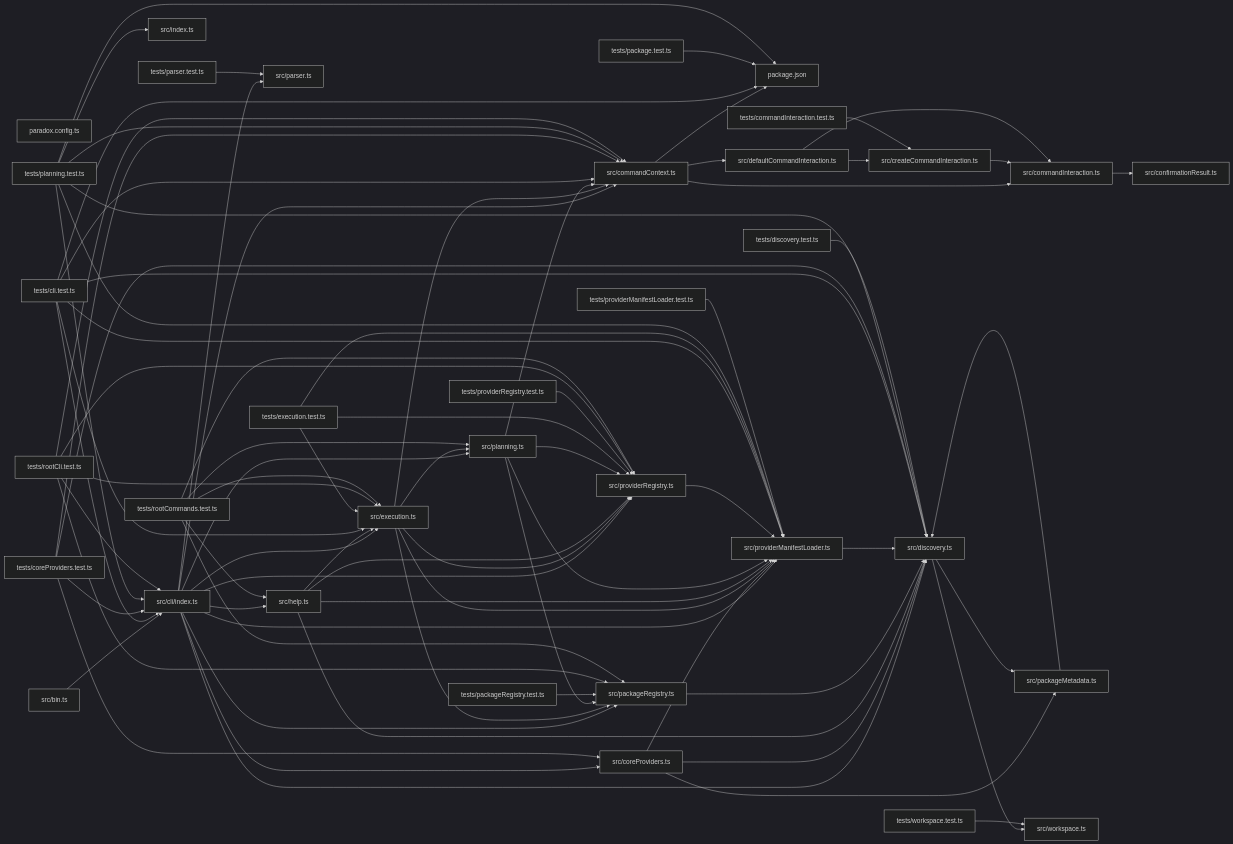
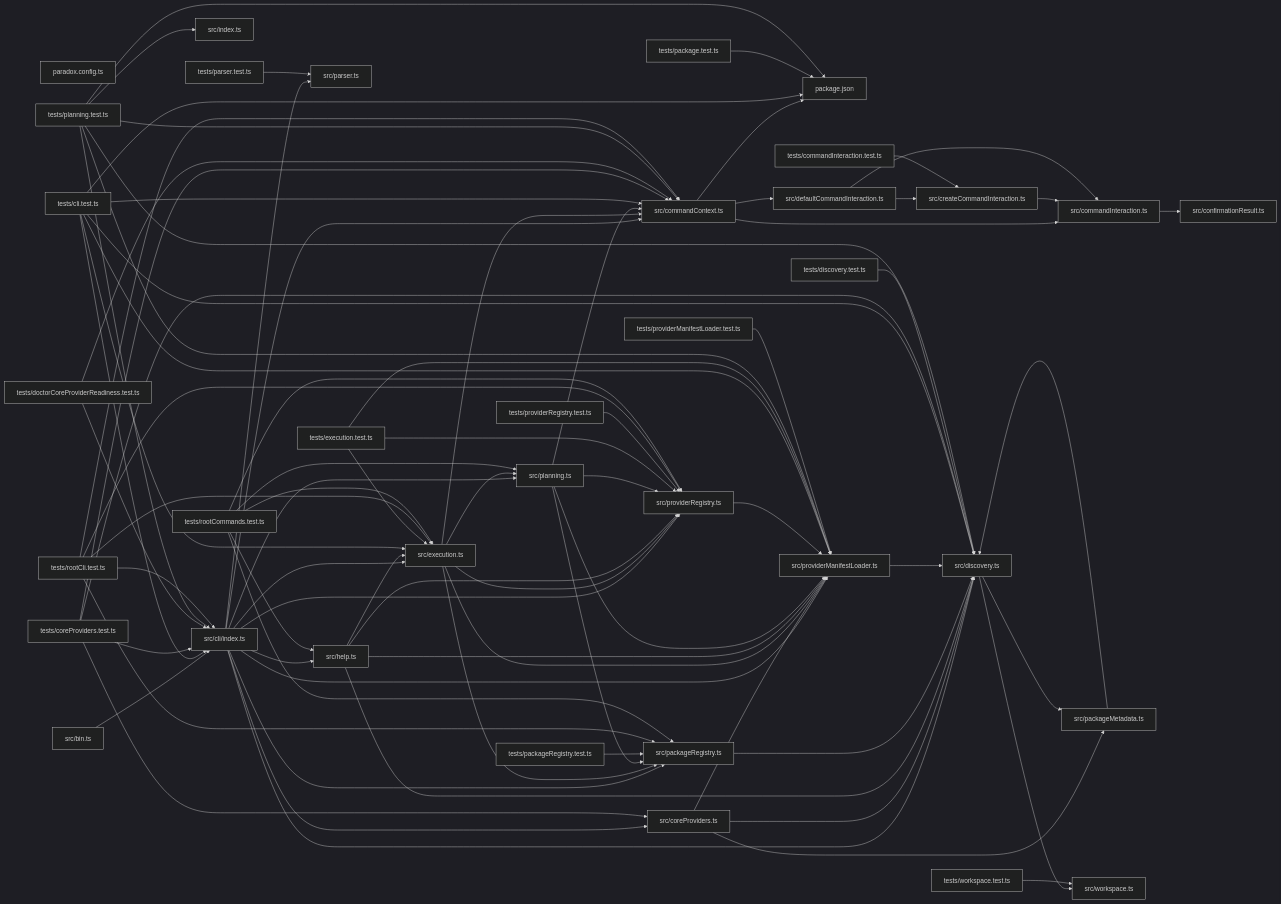
Before and after one commit to ankhorage/ankh: the diagram in paradox/diagrams/module-relationships.mmd, drawn with Mermaid (dark theme). The commit also changed 13 other files, not shown here.

```diff
--- a/paradox/diagrams/module-relationships.mmd
+++ b/paradox/diagrams/module-relationships.mmd
@@ -1,113 +1,116 @@
 graph LR
   module_package_json["package.json"]
   module_paradox_config_ts["paradox.config.ts"]
   module_src_bin_ts["src/bin.ts"]
   module_src_cli_index_ts["src/cli/index.ts"]
   module_src_commandContext_ts["src/commandContext.ts"]
   module_src_commandInteraction_ts["src/commandInteraction.ts"]
   module_src_confirmationResult_ts["src/confirmationResult.ts"]
   module_src_coreProviders_ts["src/coreProviders.ts"]
   module_src_createCommandInteraction_ts["src/createCommandInteraction.ts"]
   module_src_defaultCommandInteraction_ts["src/defaultCommandInteraction.ts"]
   module_src_discovery_ts["src/discovery.ts"]
   module_src_execution_ts["src/execution.ts"]
   module_src_help_ts["src/help.ts"]
   module_src_index_ts["src/index.ts"]
   module_src_packageMetadata_ts["src/packageMetadata.ts"]
   module_src_packageRegistry_ts["src/packageRegistry.ts"]
   module_src_parser_ts["src/parser.ts"]
   module_src_planning_ts["src/planning.ts"]
   module_src_providerManifestLoader_ts["src/providerManifestLoader.ts"]
   module_src_providerRegistry_ts["src/providerRegistry.ts"]
   module_src_workspace_ts["src/workspace.ts"]
   module_tests_cli_test_ts["tests/cli.test.ts"]
   module_tests_commandInteraction_test_ts["tests/commandInteraction.test.ts"]
   module_tests_coreProviders_test_ts["tests/coreProviders.test.ts"]
   module_tests_discovery_test_ts["tests/discovery.test.ts"]
+  module_tests_doctorCoreProviderReadiness_test_ts["tests/doctorCoreProviderReadiness.test.ts"]
   module_tests_execution_test_ts["tests/execution.test.ts"]
   module_tests_package_test_ts["tests/package.test.ts"]
   module_tests_packageRegistry_test_ts["tests/packageRegistry.test.ts"]
   module_tests_parser_test_ts["tests/parser.test.ts"]
   module_tests_planning_test_ts["tests/planning.test.ts"]
   module_tests_providerManifestLoader_test_ts["tests/providerManifestLoader.test.ts"]
   module_tests_providerRegistry_test_ts["tests/providerRegistry.test.ts"]
   module_tests_rootCli_test_ts["tests/rootCli.test.ts"]
   module_tests_rootCommands_test_ts["tests/rootCommands.test.ts"]
   module_tests_workspace_test_ts["tests/workspace.test.ts"]
   module_src_bin_ts --> module_src_cli_index_ts
   module_src_cli_index_ts --> module_src_commandContext_ts
   module_src_cli_index_ts --> module_src_coreProviders_ts
   module_src_cli_index_ts --> module_src_discovery_ts
   module_src_cli_index_ts --> module_src_execution_ts
   module_src_cli_index_ts --> module_src_help_ts
   module_src_cli_index_ts --> module_src_packageRegistry_ts
   module_src_cli_index_ts --> module_src_parser_ts
   module_src_cli_index_ts --> module_src_planning_ts
   module_src_cli_index_ts --> module_src_providerManifestLoader_ts
   module_src_cli_index_ts --> module_src_providerRegistry_ts
   module_src_commandContext_ts --> module_package_json
   module_src_commandContext_ts --> module_src_commandInteraction_ts
   module_src_commandContext_ts --> module_src_defaultCommandInteraction_ts
   module_src_commandInteraction_ts --> module_src_confirmationResult_ts
   module_src_coreProviders_ts --> module_src_discovery_ts
   module_src_coreProviders_ts --> module_src_packageMetadata_ts
   module_src_coreProviders_ts --> module_src_providerManifestLoader_ts
   module_src_createCommandInteraction_ts --> module_src_commandInteraction_ts
   module_src_defaultCommandInteraction_ts --> module_src_commandInteraction_ts
   module_src_defaultCommandInteraction_ts --> module_src_createCommandInteraction_ts
   module_src_discovery_ts --> module_src_packageMetadata_ts
   module_src_discovery_ts --> module_src_workspace_ts
   module_src_execution_ts --> module_src_commandContext_ts
   module_src_execution_ts --> module_src_packageRegistry_ts
   module_src_execution_ts --> module_src_planning_ts
   module_src_execution_ts --> module_src_providerManifestLoader_ts
   module_src_execution_ts --> module_src_providerRegistry_ts
   module_src_help_ts --> module_src_discovery_ts
   module_src_help_ts --> module_src_execution_ts
   module_src_help_ts --> module_src_providerManifestLoader_ts
   module_src_help_ts --> module_src_providerRegistry_ts
   module_src_packageMetadata_ts --> module_src_discovery_ts
   module_src_packageRegistry_ts --> module_src_discovery_ts
   module_src_planning_ts --> module_src_commandContext_ts
   module_src_planning_ts --> module_src_packageRegistry_ts
   module_src_planning_ts --> module_src_providerManifestLoader_ts
   module_src_planning_ts --> module_src_providerRegistry_ts
   module_src_providerManifestLoader_ts --> module_src_discovery_ts
   module_src_providerRegistry_ts --> module_src_providerManifestLoader_ts
   module_tests_cli_test_ts --> module_package_json
   module_tests_cli_test_ts --> module_src_cli_index_ts
   module_tests_cli_test_ts --> module_src_commandContext_ts
   module_tests_cli_test_ts --> module_src_discovery_ts
   module_tests_cli_test_ts --> module_src_execution_ts
   module_tests_cli_test_ts --> module_src_providerManifestLoader_ts
   module_tests_commandInteraction_test_ts --> module_src_createCommandInteraction_ts
   module_tests_coreProviders_test_ts --> module_src_cli_index_ts
   module_tests_coreProviders_test_ts --> module_src_commandContext_ts
   module_tests_coreProviders_test_ts --> module_src_coreProviders_ts
   module_tests_coreProviders_test_ts --> module_src_discovery_ts
   module_tests_discovery_test_ts --> module_src_discovery_ts
+  module_tests_doctorCoreProviderReadiness_test_ts --> module_src_cli_index_ts
+  module_tests_doctorCoreProviderReadiness_test_ts --> module_src_commandContext_ts
   module_tests_execution_test_ts --> module_src_execution_ts
   module_tests_execution_test_ts --> module_src_providerManifestLoader_ts
   module_tests_execution_test_ts --> module_src_providerRegistry_ts
   module_tests_package_test_ts --> module_package_json
   module_tests_packageRegistry_test_ts --> module_src_packageRegistry_ts
   module_tests_parser_test_ts --> module_src_parser_ts
   module_tests_planning_test_ts --> module_package_json
   module_tests_planning_test_ts --> module_src_cli_index_ts
   module_tests_planning_test_ts --> module_src_commandContext_ts
   module_tests_planning_test_ts --> module_src_discovery_ts
   module_tests_planning_test_ts --> module_src_index_ts
   module_tests_planning_test_ts --> module_src_providerManifestLoader_ts
   module_tests_providerManifestLoader_test_ts --> module_src_providerManifestLoader_ts
   module_tests_providerRegistry_test_ts --> module_src_providerRegistry_ts
   module_tests_rootCli_test_ts --> module_src_cli_index_ts
   module_tests_rootCli_test_ts --> module_src_commandContext_ts
   module_tests_rootCli_test_ts --> module_src_execution_ts
   module_tests_rootCli_test_ts --> module_src_packageRegistry_ts
   module_tests_rootCli_test_ts --> module_src_providerRegistry_ts
   module_tests_rootCommands_test_ts --> module_src_execution_ts
   module_tests_rootCommands_test_ts --> module_src_help_ts
   module_tests_rootCommands_test_ts --> module_src_packageRegistry_ts
   module_tests_rootCommands_test_ts --> module_src_planning_ts
   module_tests_rootCommands_test_ts --> module_src_providerRegistry_ts
   module_tests_workspace_test_ts --> module_src_workspace_ts
```
